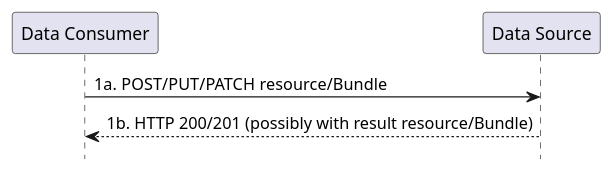
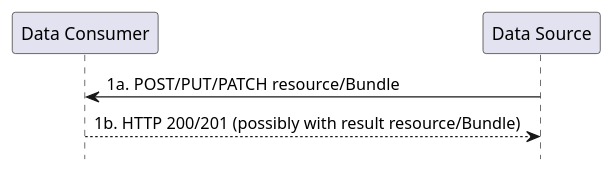
One commit to HL7/fhir changed the diagram in images/source/rest.plantuml. Above: the diagram before and after it, drawn with PlantUML. The commit also changed 2 other files, not shown here.

```diff
--- a/images/source/rest.plantuml
+++ b/images/source/rest.plantuml
@@ -1,7 +1,7 @@
 @startuml
 hide footbox
 participant "Data Consumer" as Consumer
 participant "Data Source" as Source
-Consumer -> Source: 1a. POST/PUT/PATCH resource/Bundle
-Consumer <-- Source: 1b. HTTP 200/201 (possibly with result resource/Bundle)
+Source -> Consumer: 1a. POST/PUT/PATCH resource/Bundle
+Source <-- Consumer: 1b. HTTP 200/201 (possibly with result resource/Bundle)
 @enduml
```
